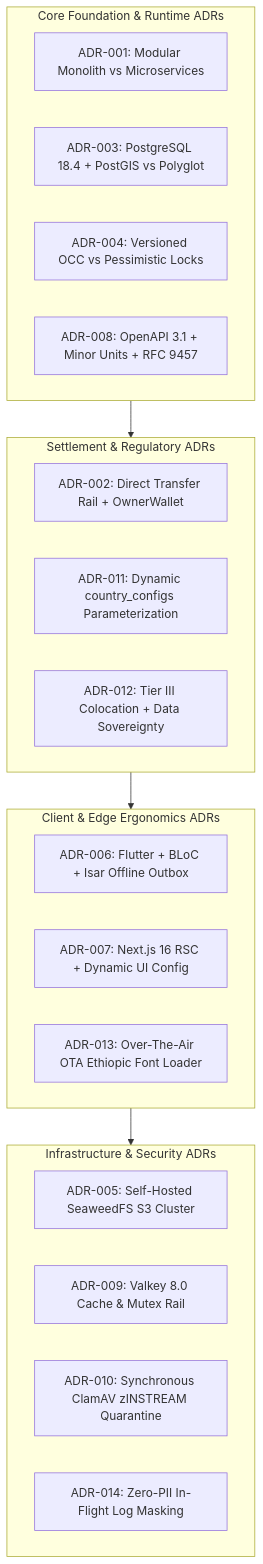
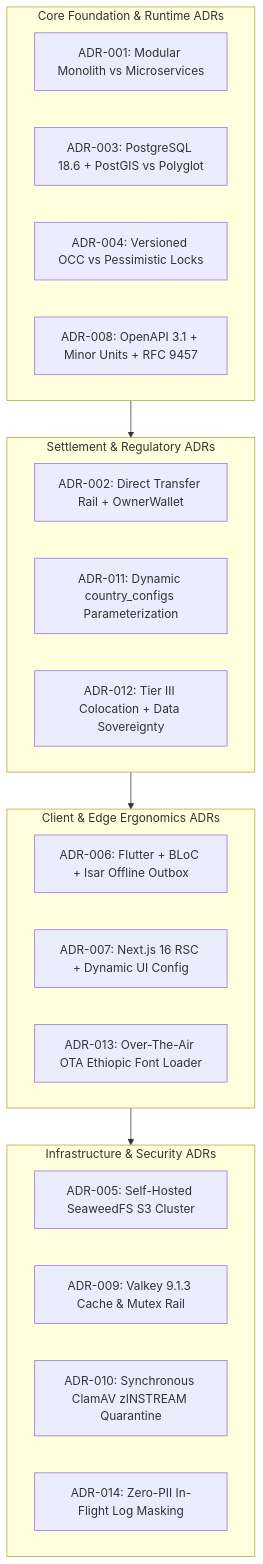
The first of 2 diagrams in docs/shared/architecture/12-architecture-decision-records.md (YDink/Heavy-Machinery-Logistics-Rental), drawn with Mermaid before and after one commit. The commit also changed other lines of this file and 212 other files, not shown here.

````diff
--- a/docs/shared/architecture/12-architecture-decision-records.md
+++ b/docs/shared/architecture/12-architecture-decision-records.md
@@ -59,32 +59,32 @@
 ```mermaid
 flowchart TD
     subgraph CoreFoundation [Core Foundation & Runtime ADRs]
         ADR1["ADR-001: Modular Monolith vs Microservices"]
-        ADR3["ADR-003: PostgreSQL 18.4 + PostGIS vs Polyglot"]
+        ADR3["ADR-003: PostgreSQL 18.6 + PostGIS vs Polyglot"]
         ADR4["ADR-004: Versioned OCC vs Pessimistic Locks"]
         ADR8["ADR-008: OpenAPI 3.1 + Minor Units + RFC 9457"]
     end
 
     subgraph BusinessAndSettlement [Settlement & Regulatory ADRs]
         ADR2["ADR-002: Direct Transfer Rail + OwnerWallet"]
         ADR11["ADR-011: Dynamic country_configs Parameterization"]
         ADR12["ADR-012: Tier III Colocation + Data Sovereignty"]
     end
 
     subgraph ClientAndFrontier [Client & Edge Ergonomics ADRs]
         ADR6["ADR-006: Flutter + BLoC + Isar Offline Outbox"]
         ADR7["ADR-007: Next.js 16 RSC + Dynamic UI Config"]
         ADR13["ADR-013: Over-The-Air OTA Ethiopic Font Loader"]
     end
 
     subgraph SecurityAndInfra [Infrastructure & Security ADRs]
         ADR5["ADR-005: Self-Hosted SeaweedFS S3 Cluster"]
-        ADR9["ADR-009: Valkey 8.0 Cache & Mutex Rail"]
+        ADR9["ADR-009: Valkey 9.1.3 Cache & Mutex Rail"]
         ADR10["ADR-010: Synchronous ClamAV zINSTREAM Quarantine"]
         ADR14["ADR-014: Zero-PII In-Flight Log Masking"]
     end
 
     CoreFoundation --> BusinessAndSettlement
     BusinessAndSettlement --> ClientAndFrontier
     ClientAndFrontier --> SecurityAndInfra
 ```
````
